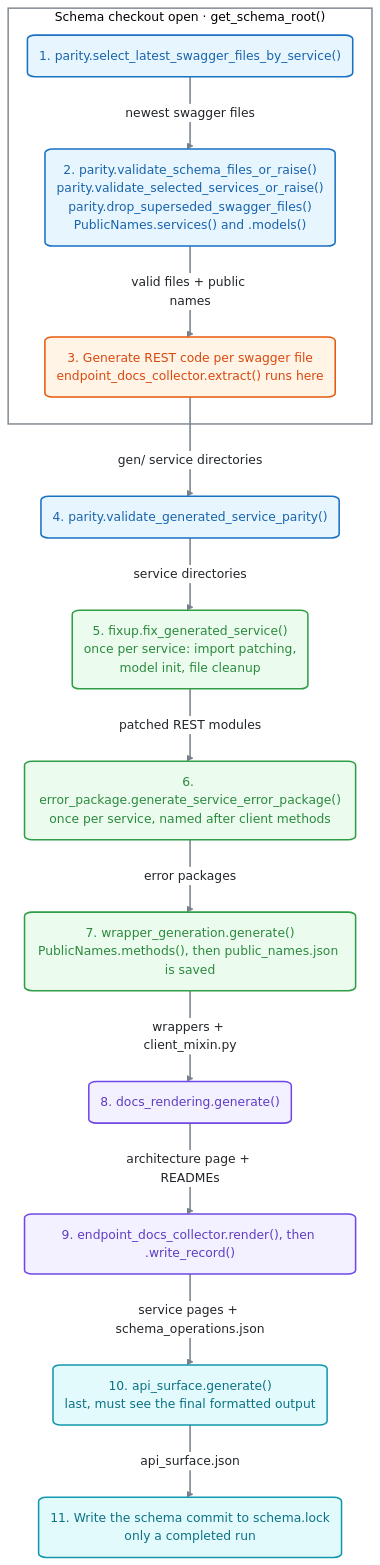
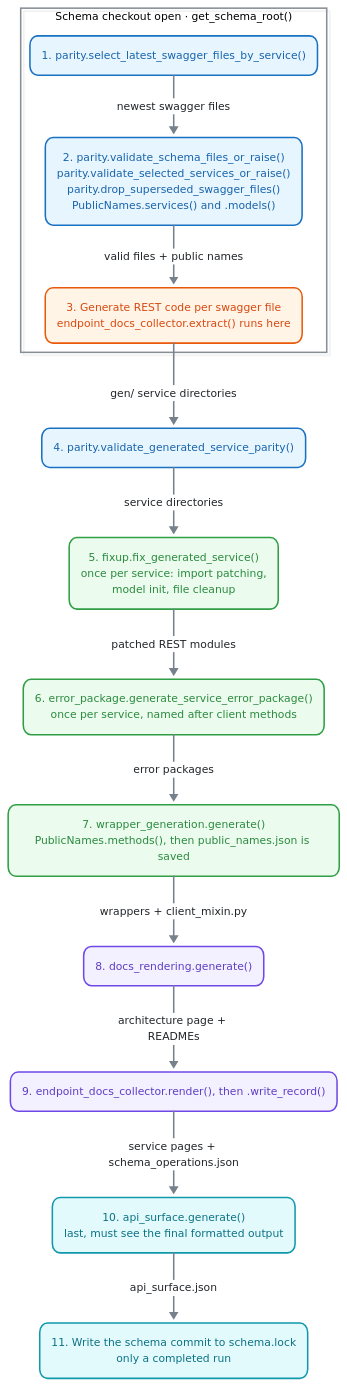
The diagram in scripts/generation/README.md (alexdearaujo/community_sdk_python), drawn with Mermaid before and after one commit. The commit also changed 64 other files, not shown here.

First line of the commit message:
docs: rounded diagram edges and dark-mode Mermaid colors

````diff
--- a/scripts/generation/README.md
+++ b/scripts/generation/README.md
@@ -34,49 +34,49 @@
 ```mermaid
-%%{init: {"theme": "base", "fontFamily": "ui-monospace, SFMono-Regular, Menlo, monospace", "themeVariables": {"fontFamily": "ui-monospace, SFMono-Regular, Menlo, monospace", "primaryColor": "#f8f9fa", "primaryBorderColor": "#495057", "primaryTextColor": "#212529", "textColor": "#212529", "lineColor": "#77818c", "edgeLabelBackground": "#ffffff", "actorBkg": "#f8f9fa", "actorBorder": "#495057", "actorTextColor": "#212529", "actorLineColor": "#a9b3be", "signalColor": "#57616d", "signalTextColor": "#212529", "labelBoxBkgColor": "#f8f9fa", "labelBoxBorderColor": "#495057", "labelTextColor": "#212529", "loopTextColor": "#57616d", "noteBkgColor": "#fff9db", "noteBorderColor": "#f08c00", "noteTextColor": "#a35a00"}, "flowchart": {"curve": "step", "nodeSpacing": 30, "rankSpacing": 70, "wrappingWidth": 400}}}%%
+%%{init: {"theme": "redux", "look": "neo", "layout": "elk", "fontFamily": "ui-monospace, SFMono-Regular, Menlo, monospace", "themeVariables": {"fontFamily": "ui-monospace, SFMono-Regular, Menlo, monospace", "primaryColor": "#f8f9fa", "primaryBorderColor": "#495057", "primaryTextColor": "#212529", "textColor": "#212529", "lineColor": "#77818c", "edgeLabelBackground": "#ffffff", "actorBkg": "#f8f9fa", "actorBorder": "#495057", "actorTextColor": "#212529", "actorLineColor": "#a9b3be", "signalColor": "#57616d", "signalTextColor": "#212529", "labelBoxBkgColor": "#f8f9fa", "labelBoxBorderColor": "#495057", "labelTextColor": "#212529", "loopTextColor": "#57616d", "noteBkgColor": "#fff9db", "noteBorderColor": "#f08c00", "noteTextColor": "#a35a00"}, "flowchart": {"curve": "basis", "nodeSpacing": 30, "rankSpacing": 70, "wrappingWidth": 400}}}%%
 flowchart TD
   subgraph window["Schema checkout open · get_schema_root()"]
     s1("1. parity.select_latest_swagger_files_by_service()"):::blue
     s2("2. parity.validate_schema_files_or_raise()<br/>parity.validate_selected_services_or_raise()<br/>parity.drop_superseded_swagger_files()<br/>PublicNames.services() and .models()"):::blue
     s3("3. Generate REST code per swagger file<br/>endpoint_docs_collector.extract() runs here"):::orange
   end
   s4("4. parity.validate_generated_service_parity()"):::blue
   s5("5. fixup.fix_generated_service()<br/>once per service: import patching,<br/>model init, file cleanup"):::green
   s6("6. error_package.generate_service_error_package()<br/>once per service, named after client methods"):::green
   s7("7. wrapper_generation.generate()<br/>PublicNames.methods(), then public_names.json is saved"):::green
   s8("8. docs_rendering.generate()"):::violet
   s9("9. endpoint_docs_collector.render(), then .write_record()"):::violet
   s10("10. api_surface.generate()<br/>last, must see the final formatted output"):::cyan
   s11("11. Write the schema commit to schema.lock<br/>only a completed run"):::cyan
 
   s1 -->|"newest swagger files"| s2
   s2 -->|"valid files + public names"| s3
   s3 -->|"gen/ service directories"| s4
   s4 -->|"service directories"| s5
   s5 -->|"patched REST modules"| s6
   s6 -->|"error packages"| s7
   s7 -->|"wrappers + client_mixin.py"| s8
   s8 -->|"architecture page + READMEs"| s9
   s9 -->|"service pages + schema_operations.json"| s10
   s10 -->|"api_surface.json"| s11
 
   click s1 "parity.py"
   click s2 "parity.py"
   click s3 "../generate_sdk.py"
   click s4 "parity.py"
   click s5 "fixup.py"
   click s6 "error_package.py"
   click s7 "wrapper_generation.py"
   click s8 "docs_rendering.py"
   click s9 "endpoint_docs.py"
   click s10 "api_surface.py"
   click s11 "../../schema.lock"
 
   classDef blue fill:#e7f5ff,stroke:#1971c2,color:#1864ab
   classDef orange fill:#fff4e6,stroke:#e8590c,color:#d9480f
   classDef green fill:#ebfbee,stroke:#2f9e44,color:#2b8a3e
   classDef violet fill:#f3f0ff,stroke:#7048e8,color:#5f3dc4
   classDef cyan fill:#e3fafc,stroke:#1098ad,color:#0b7285
   classDef blue,orange,green,violet,cyan stroke-width:2px,rx:10px
   style window fill:none,stroke:#868e96,stroke-width:2px
   linkStyle default stroke-width:2px,stroke-linecap:round,stroke-linejoin:round
 ```
````
